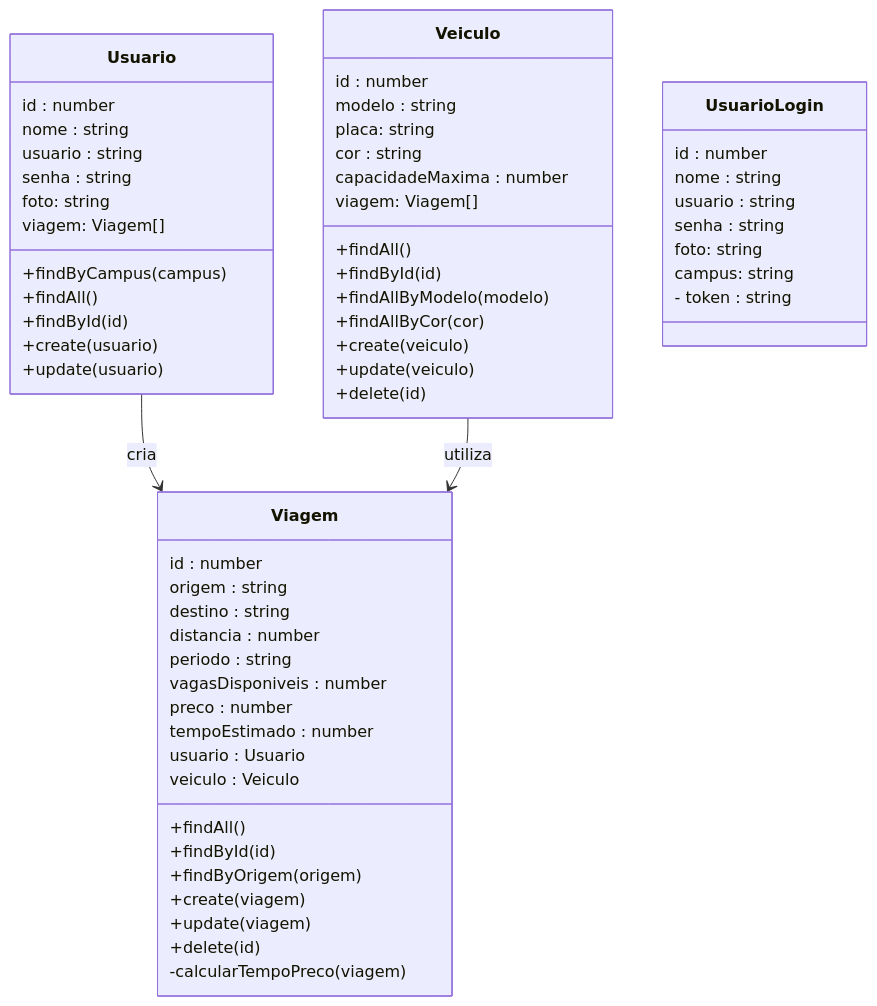
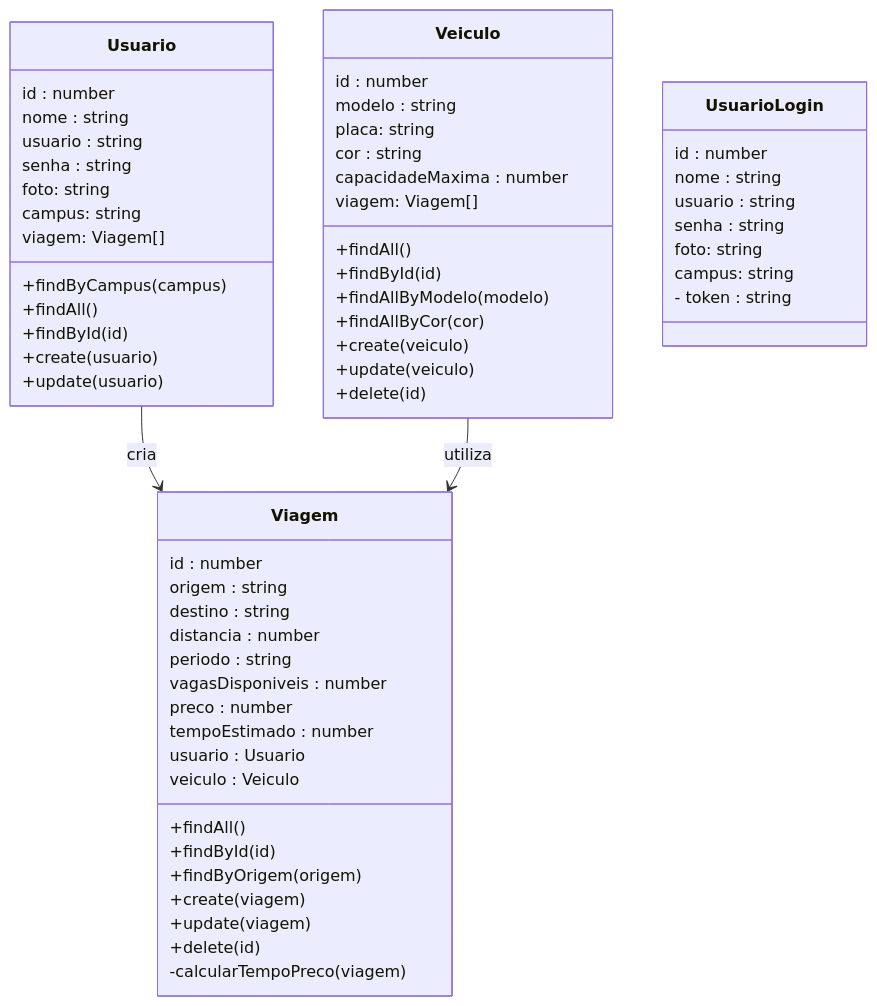
One commit to grupo6-js13/corridacompartilhada_backend changed the first of 2 diagrams in README.md. Above: the diagram before and after it, drawn with Mermaid.

Commit message:
🐛 FIX: Corrigindo atributo faltante no usuario.

````diff
--- a/README.md
+++ b/README.md
@@ -45,66 +45,67 @@
 ```mermaid
 classDiagram
 
 class Veiculo {
 id : number
 modelo : string
 placa: string
 cor : string
 capacidadeMaxima : number
 viagem: Viagem[]
 +findAll()
 +findById(id)
 +findAllByModelo(modelo)
 +findAllByCor(cor)
 +create(veiculo)
 +update(veiculo)
 +delete(id)
 }
 
 class Viagem {
 id : number
 origem : string
 destino : string
 distancia : number
 periodo : string
 vagasDisponiveis : number
 preco : number
 tempoEstimado : number
 usuario : Usuario
 veiculo : Veiculo
 +findAll()
 +findById(id)
 +findByOrigem(origem)
 +create(viagem)
 +update(viagem)
 +delete(id)
 -calcularTempoPreco(viagem)
 }
 
 class Usuario {
 id : number
 nome : string
 usuario : string
 senha : string
 foto: string
+campus: string
 viagem: Viagem[]
 +findByCampus(campus)
 +findAll()
 +findById(id)
 +create(usuario)
 +update(usuario)
 }
 
 class UsuarioLogin{
 id : number
 nome : string
 usuario : string
 senha : string
 foto: string
 campus: string
 - token : string
 }
 
 Usuario --> Viagem : cria
 Veiculo --> Viagem : utiliza
 ```
````
